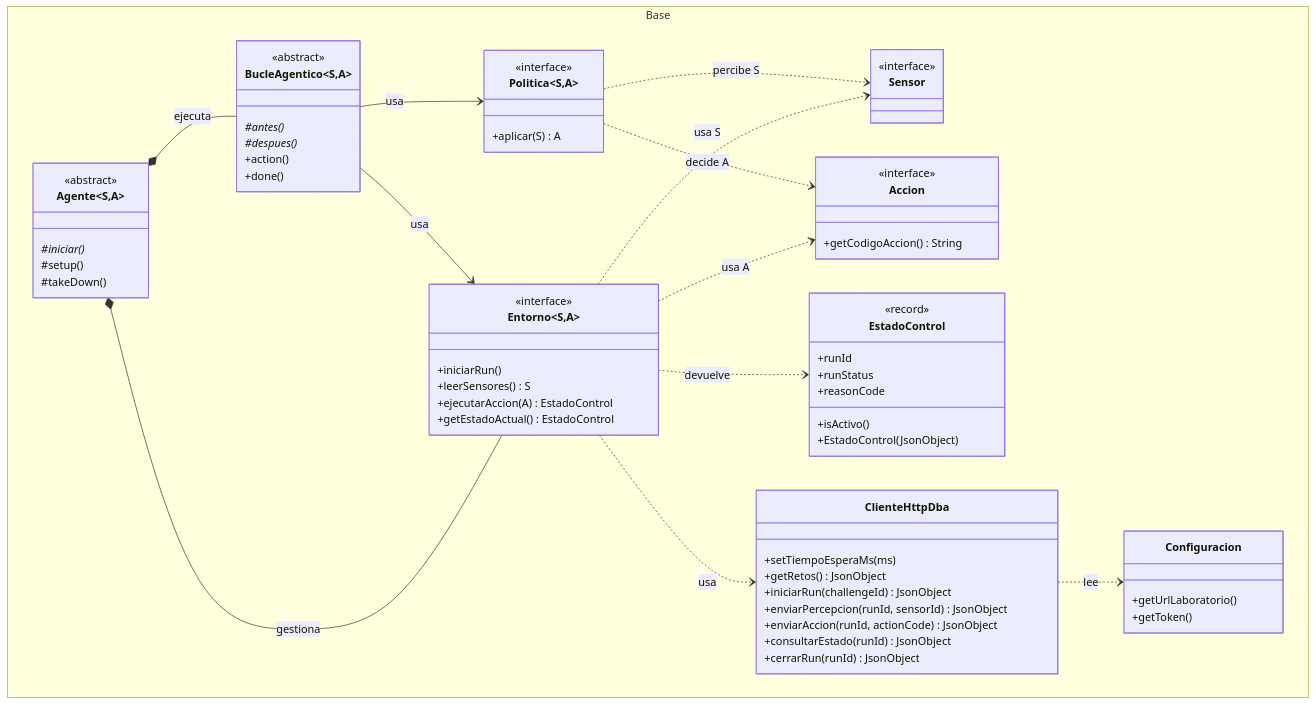
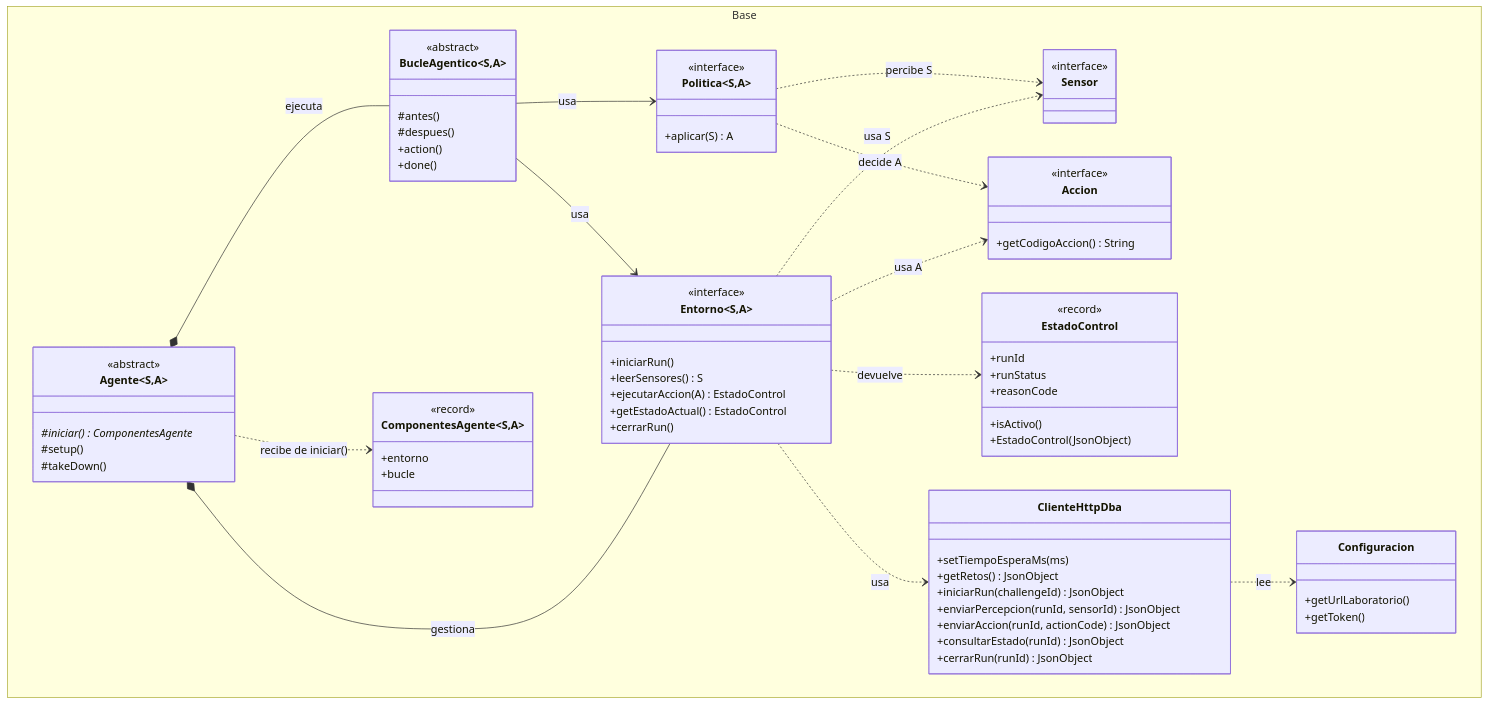
Before and after one commit to leemon22/DBApractica2: the first of 3 diagrams in README.md, drawn with Mermaid. The commit also changed other lines of this file and 10 other files, not shown here.

````diff
--- a/README.md
+++ b/README.md
@@ -95,69 +95,76 @@
 ```mermaid
 classDiagram
     namespace Base {
         class Sensor {
             <<interface>>
         }
         class Accion {
             <<interface>>
             +getCodigoAccion() String
         }
         class Configuracion {
             +getUrlLaboratorio()
             +getToken()
         }
         class ClienteHttpDba {
             +setTiempoEsperaMs(ms)
             +getRetos() JsonObject
             +iniciarRun(challengeId) JsonObject
             +enviarPercepcion(runId, sensorId) JsonObject
             +enviarAccion(runId, actionCode) JsonObject
             +consultarEstado(runId) JsonObject
             +cerrarRun(runId) JsonObject
         }
         class EstadoControl {
             <<record>>
             +runId
             +runStatus
             +reasonCode
             +isActivo()
             +EstadoControl(JsonObject)
         }
+        class ComponentesAgente~S,A~ {
+            <<record>>
+            +entorno
+            +bucle
+        }
         class Entorno~S,A~ {
             <<interface>>
             +iniciarRun()
             +leerSensores() S
             +ejecutarAccion(A) EstadoControl
             +getEstadoActual() EstadoControl
+            +cerrarRun()
         }
         class Politica~S,A~ {
             <<interface>>
             +aplicar(S) A
         }
         class Agente~S,A~ {
             <<abstract>>
-            #iniciar()*
+            #iniciar()* ComponentesAgente
             #setup()
             #takeDown()
         }
         class BucleAgentico~S,A~ {
             <<abstract>>
-            #antes()*
-            #despues()*
+            #antes()
+            #despues()
             +action()
             +done()
         }
     }
 
     Entorno ..> Sensor : usa S
     Entorno ..> Accion : usa A
     Politica ..> Sensor : percibe S
     Politica ..> Accion : decide A
     Agente *-- BucleAgentico : ejecuta
     Agente *-- Entorno : gestiona
+    Agente ..> ComponentesAgente : recibe de iniciar()
     BucleAgentico --> Entorno : usa
     BucleAgentico --> Politica : usa
     Entorno ..> EstadoControl : devuelve
     Entorno ..> ClienteHttpDba : usa
     ClienteHttpDba ..> Configuracion : lee
 ```
````
